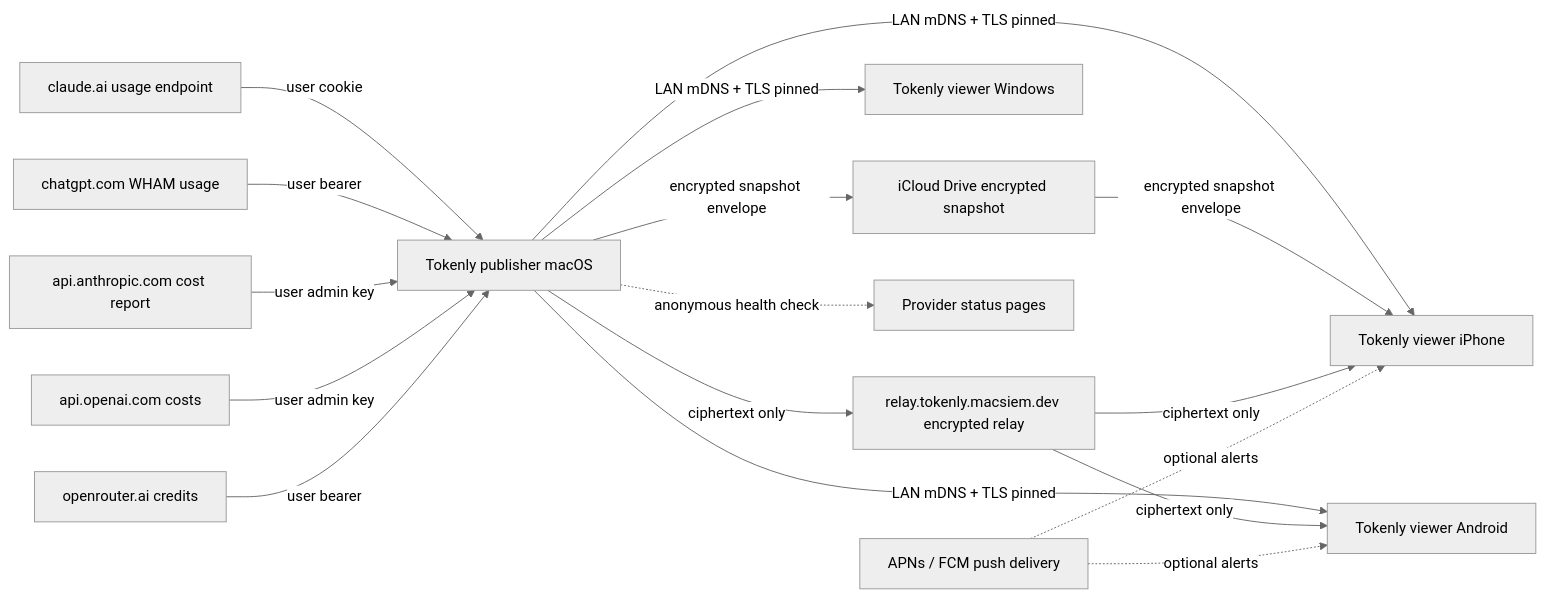
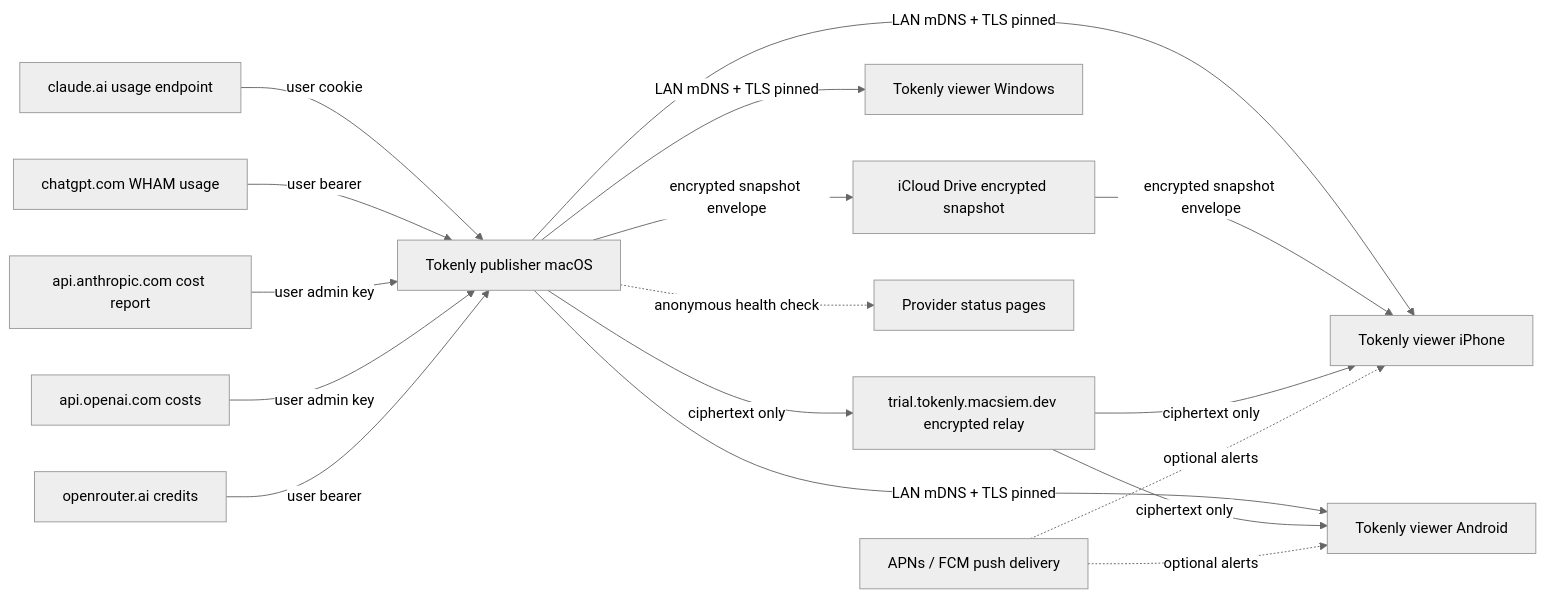
One commit to MacSiem/tokenly changed the diagram in architecture/overview.md. Above: the diagram before and after it, drawn with Mermaid (neutral theme). The commit also changed other lines of this file and 2 other files, not shown here.

````diff
--- a/architecture/overview.md
+++ b/architecture/overview.md
@@ -7,33 +7,33 @@
 ```mermaid
 flowchart LR
   P[Tokenly publisher macOS]
   C[claude.ai usage endpoint]
   G[chatgpt.com WHAM usage]
   A[api.anthropic.com cost report]
   O[api.openai.com costs]
   R[openrouter.ai credits]
   iCloud[iCloud Drive encrypted snapshot]
   iPhone[Tokenly viewer iPhone]
   Droid[Tokenly viewer Android]
   Win[Tokenly viewer Windows]
-  Relay[relay.tokenly.macsiem.dev encrypted relay]
+  Relay[trial.tokenly.macsiem.dev encrypted relay]
   Status[Provider status pages]
   Push[APNs / FCM push delivery]
 
   C -->|user cookie| P
   G -->|user bearer| P
   A -->|user admin key| P
   O -->|user admin key| P
   R -->|user bearer| P
   P -->|LAN mDNS + TLS pinned| iPhone
   P -->|LAN mDNS + TLS pinned| Droid
   P -->|LAN mDNS + TLS pinned| Win
   P -->|encrypted snapshot envelope| iCloud
   iCloud -->|encrypted snapshot envelope| iPhone
   P -->|ciphertext only| Relay
   Relay -->|ciphertext only| iPhone
   Relay -->|ciphertext only| Droid
   P -.->|anonymous health check| Status
   Push -.->|optional alerts| iPhone
   Push -.->|optional alerts| Droid
 ```
````
